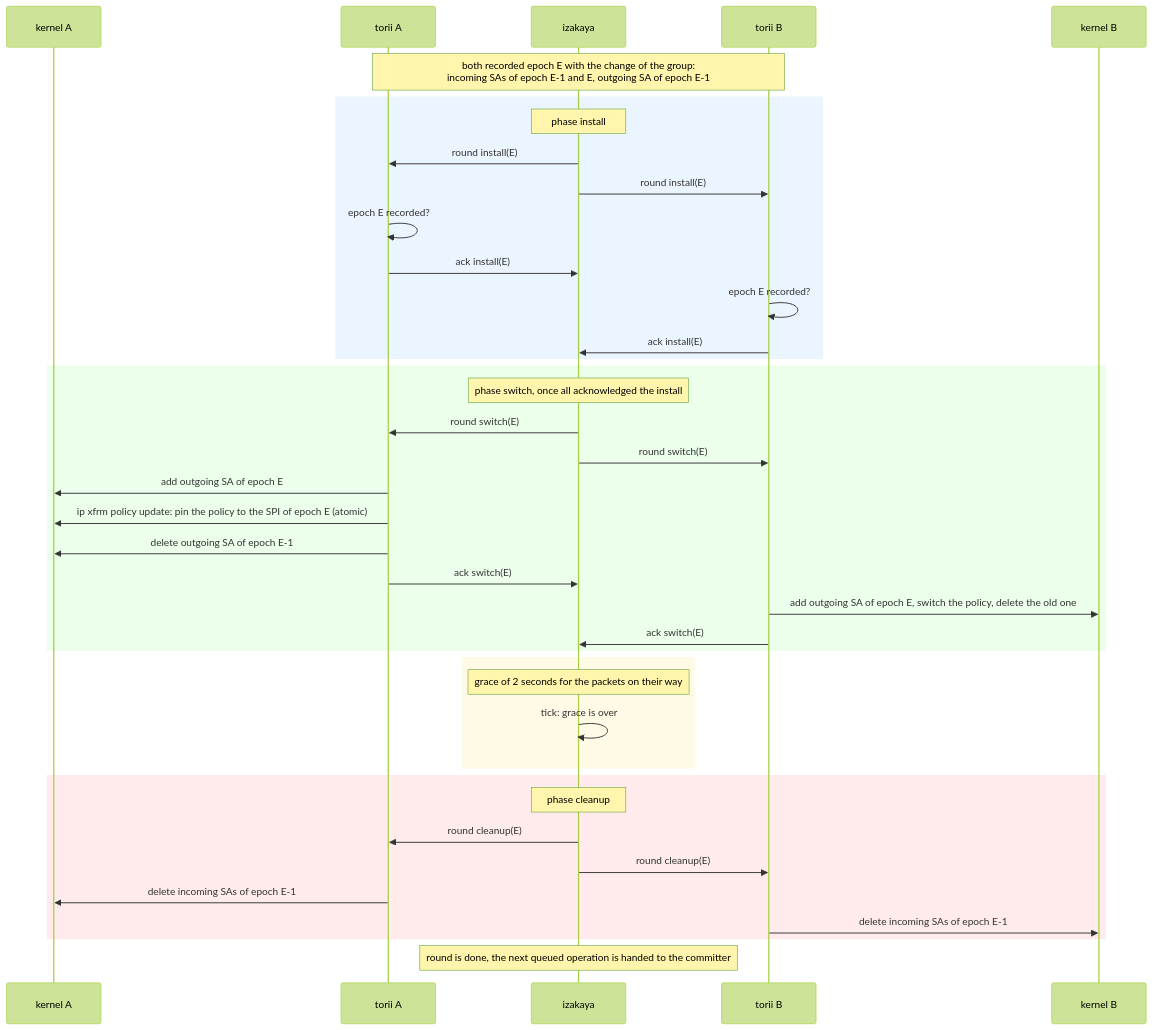
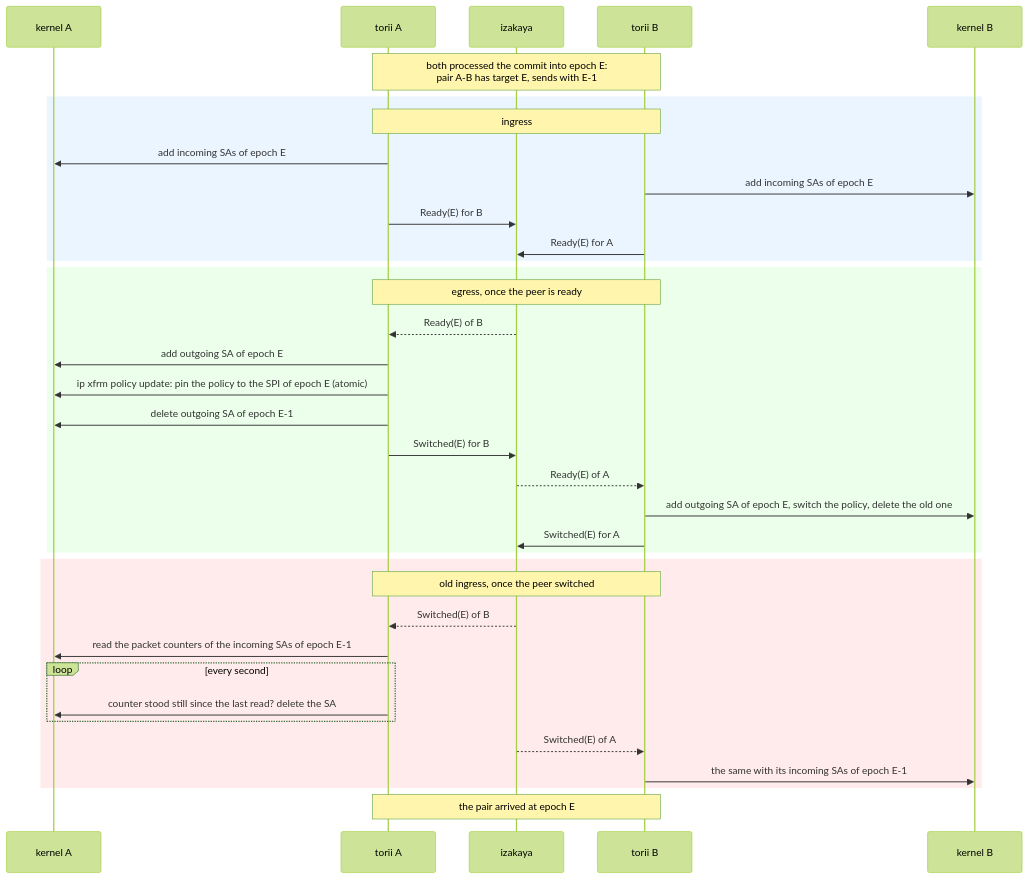
The eighth of 20 diagrams in docs/developer/sequence_diagrams/network_crypto_key_exchange.md (kitsudaiki/ainari), drawn with Mermaid (forest theme) before and after one commit. The commit also changed other lines of this file and 3 other files, not shown here.

````diff
--- a/docs/developer/sequence_diagrams/network_crypto_key_exchange.md
+++ b/docs/developer/sequence_diagrams/network_crypto_key_exchange.md
@@ -277,47 +317,43 @@
 ```mermaid
 sequenceDiagram
     participant KA as kernel A
     participant TA as torii A
     participant I as izakaya
     participant TB as torii B
     participant KB as kernel B
 
-    Note over TA,TB: both recorded epoch E with the change of the group:<br/>incoming SAs of epoch E-1 and E, outgoing SA of epoch E-1
+    Note over TA,TB: both processed the commit into epoch E:<br/>pair A-B has target E, sends with E-1
 
     rect rgb(235, 245, 255)
-    Note over I: phase install
-    I->>TA: round install(E)
-    I->>TB: round install(E)
-    TA->>TA: epoch E recorded?
-    TA->>I: ack install(E)
-    TB->>TB: epoch E recorded?
-    TB->>I: ack install(E)
+    Note over TA,TB: ingress
+    TA->>KA: add incoming SAs of epoch E
+    TB->>KB: add incoming SAs of epoch E
+    TA->>I: Ready(E) for B
+    TB->>I: Ready(E) for A
     end
 
     rect rgb(235, 255, 235)
-    Note over I: phase switch, once all acknowledged the install
-    I->>TA: round switch(E)
-    I->>TB: round switch(E)
+    Note over TA,TB: egress, once the peer is ready
+    I-->>TA: Ready(E) of B
     TA->>KA: add outgoing SA of epoch E
     TA->>KA: ip xfrm policy update: pin the policy to the SPI of epoch E (atomic)
     TA->>KA: delete outgoing SA of epoch E-1
-    TA->>I: ack switch(E)
+    TA->>I: Switched(E) for B
+    I-->>TB: Ready(E) of A
     TB->>KB: add outgoing SA of epoch E, switch the policy, delete the old one
-    TB->>I: ack switch(E)
-    end
-
-    rect rgb(255, 250, 230)
-    Note over I: grace of 2 seconds for the packets on their way
-    I->>I: tick: grace is over
+    TB->>I: Switched(E) for A
     end
 
     rect rgb(255, 235, 235)
-    Note over I: phase cleanup
-    I->>TA: round cleanup(E)
-    I->>TB: round cleanup(E)
-    TA->>KA: delete incoming SAs of epoch E-1
-    TB->>KB: delete incoming SAs of epoch E-1
+    Note over TA,TB: old ingress, once the peer switched
+    I-->>TA: Switched(E) of B
+    TA->>KA: read the packet counters of the incoming SAs of epoch E-1
+    loop every second
+        TA->>KA: counter stood still since the last read? delete the SA
+    end
+    I-->>TB: Switched(E) of A
+    TB->>KB: the same with its incoming SAs of epoch E-1
     end
 
-    Note over I: round is done, the next queued operation is handed to the committer
+    Note over TA,TB: the pair arrived at epoch E
 ```
````
